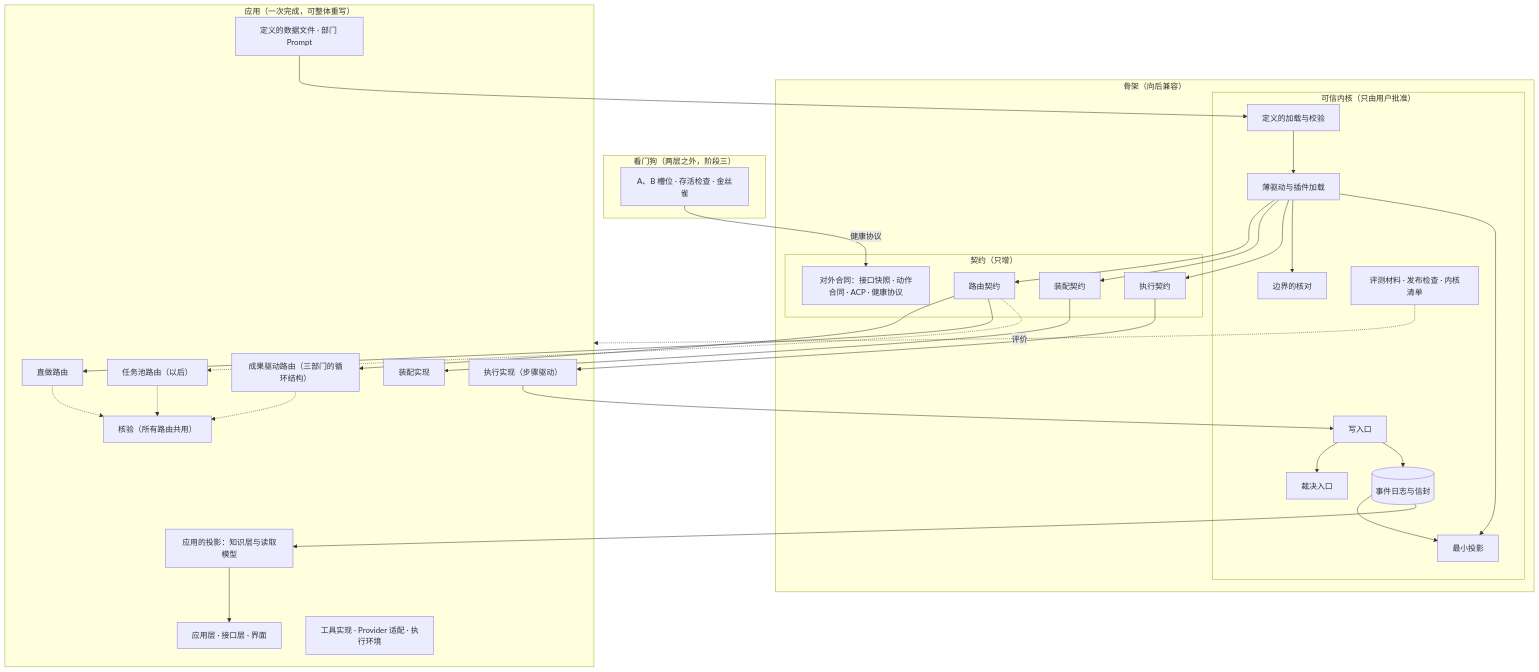
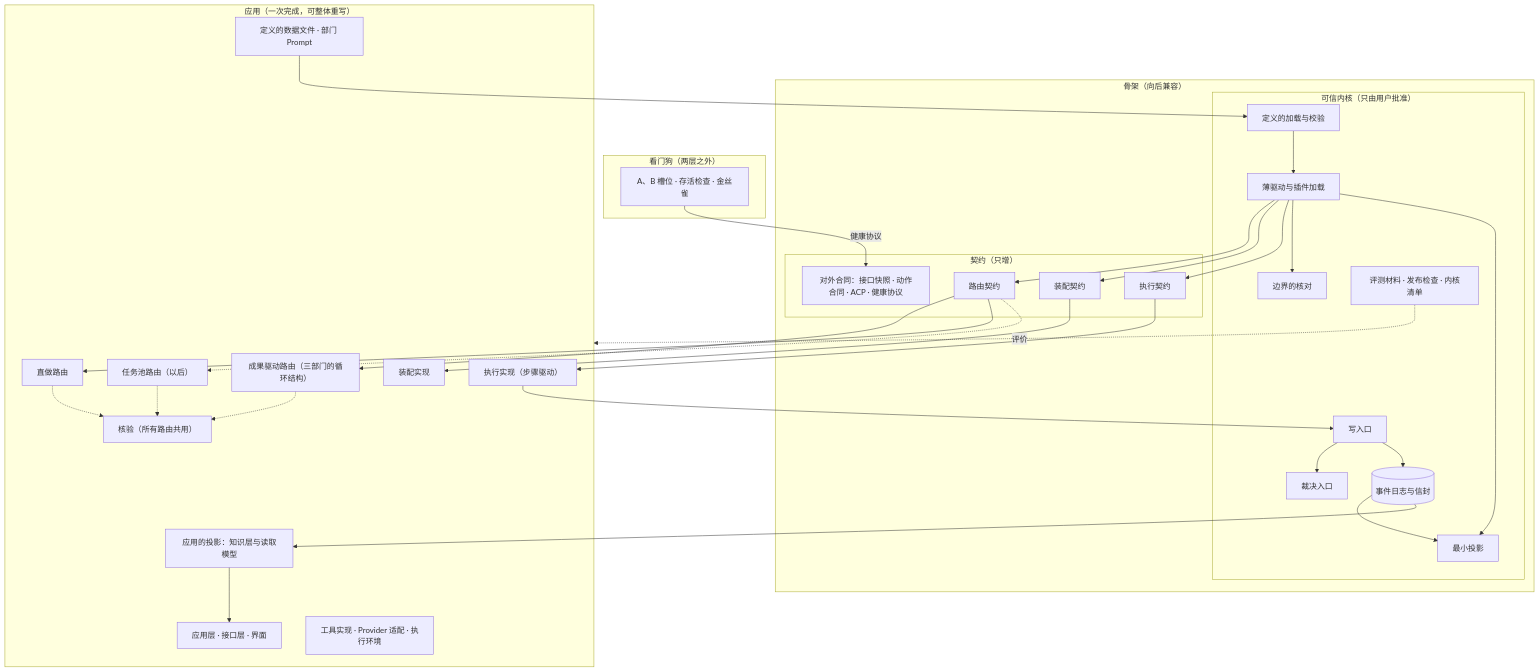
Before and after one commit to bender2333/yudao: the second of 2 diagrams in docs/design/skeleton-and-application.md, drawn with Mermaid. The commit also changed other lines of this file and 37 other files, not shown here.

````diff
--- a/docs/design/skeleton-and-application.md
+++ b/docs/design/skeleton-and-application.md
@@ -286,52 +286,52 @@
 ```mermaid
 flowchart TB
-  subgraph WD["看门狗（两层之外，阶段三）"]
+  subgraph WD["看门狗（两层之外）"]
     Slots["A、B 槽位 · 存活检查 · 金丝雀"]
   end
   subgraph SK["骨架（向后兼容）"]
     subgraph Kernel["可信内核（只由用户批准）"]
       Log[("事件日志与信封")]
       WP["写入口"]
       U["裁决入口"]
       Bnd["边界的核对"]
       MP["最小投影"]
       Def["定义的加载与校验"]
       Eval["评测材料 · 发布检查 · 内核清单"]
       Drv["薄驱动与插件加载"]
     end
     subgraph Contract["契约（只增）"]
       RC["路由契约"]
       AC["装配契约"]
       XC["执行契约"]
       Ext["对外合同：接口快照 · 动作合同 · ACP · 健康协议"]
     end
   end
   subgraph APP["应用（一次完成，可整体重写）"]
     Route["成果驱动路由（三部门的循环结构）"]
     Direct["直做路由"]
     Pool["任务池路由（以后）"]
     Verify["核验（所有路由共用）"]
     Asm["装配实现"]
     Exec["执行实现（步骤驱动）"]
     Know["应用的投影：知识层与读取模型"]
     UI["应用层 · 接口层 · 界面"]
     Tools["工具实现 · Provider 适配 · 执行环境"]
     Data["定义的数据文件 · 部门 Prompt"]
   end
   Slots -->|健康协议| Ext
   Drv --> RC --> Route
   RC --> Direct
   RC -.-> Pool
   Route & Direct & Pool -.-> Verify
   Drv --> AC --> Asm
   Drv --> XC --> Exec
   Drv --> Bnd
   Drv --> MP
   Exec --> WP --> U
   WP --> Log
   Log --> MP
   Log --> Know --> UI
   Def --> Drv
   Data --> Def
   Eval -.->|评价| APP
 ```
````
